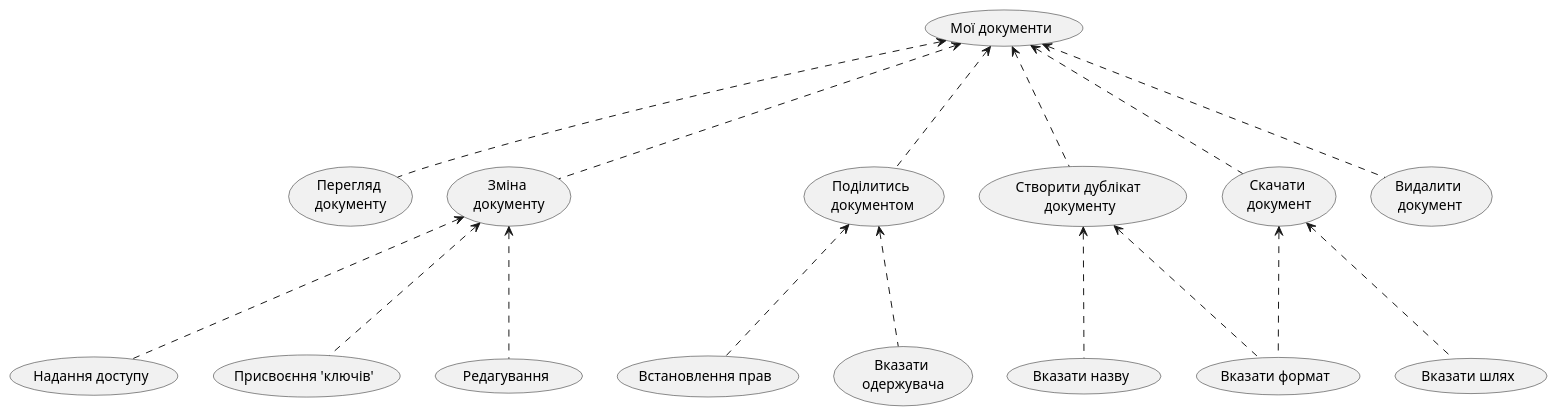
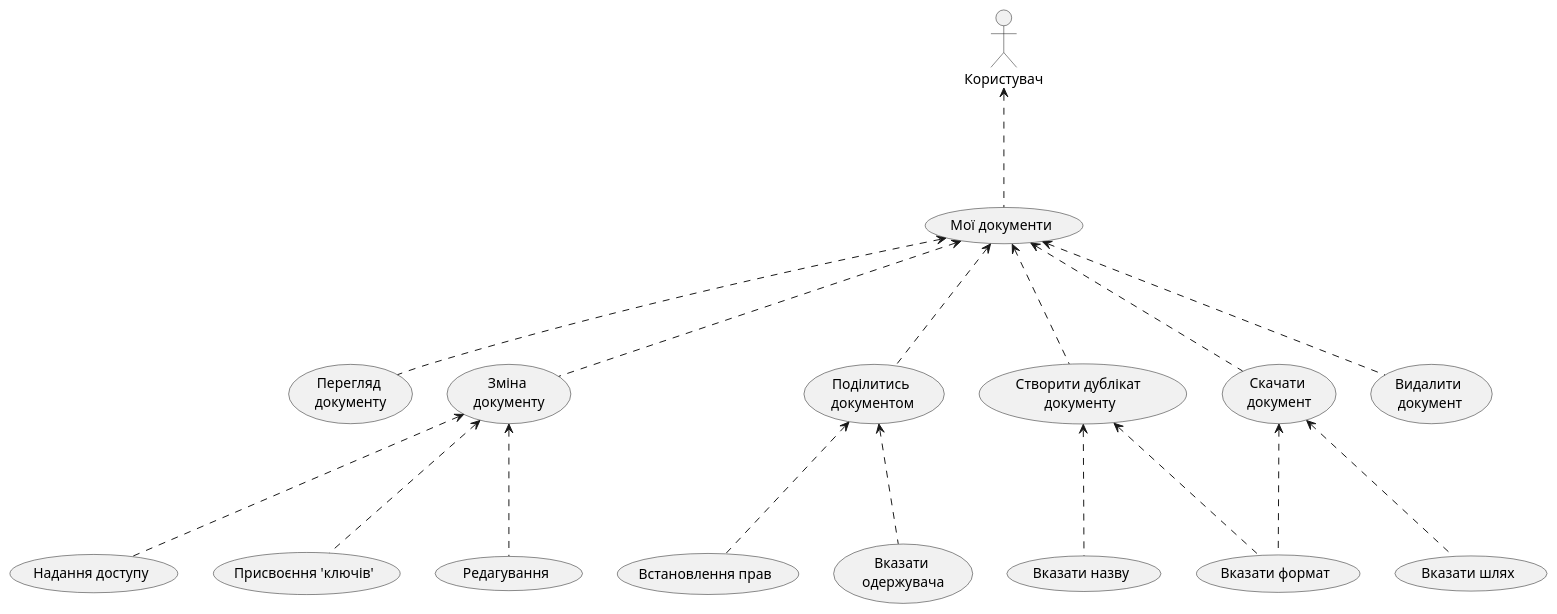
One commit to Ananasik-bet/occured-FICT changed the diagram in Project/doc/useCaseDiagrams/plantUml/myDocumentations.puml. Above: the diagram before and after it, drawn with PlantUML.

```diff
--- a/Project/doc/useCaseDiagrams/plantUml/myDocumentations.puml
+++ b/Project/doc/useCaseDiagrams/plantUml/myDocumentations.puml
@@ -1,24 +1,28 @@
 @startuml
+
+:Користувач: as user
+
+user<...(Мої документи)
 
 (Мої документи)<...(Перегляд \nдокументу)
 
 (Мої документи)<...(Зміна \nдокументу)
 (Зміна \nдокументу)<...(Надання доступу)
 (Зміна \nдокументу)<...(Присвоєння 'ключів')
 (Зміна \nдокументу)<...(Редагування)
 
 (Мої документи)<...(Поділитись \nдокументом)
 (Поділитись \nдокументом)<...(Встановлення прав)
 (Поділитись \nдокументом)<...(Вказати \nодержувача)
 
 (Мої документи)<...(Створити дублікат \nдокументу)
 (Створити дублікат \nдокументу)<...(Вказати назву)
 (Створити дублікат \nдокументу)<...(Вказати формат)
 
 (Мої документи)<...(Скачати \nдокумент)
 (Скачати \nдокумент)<...(Вказати формат)
 (Скачати \nдокумент)<...(Вказати шлях)
 
 (Мої документи)<...(Видалити \nдокумент)
 
 @endum
```
